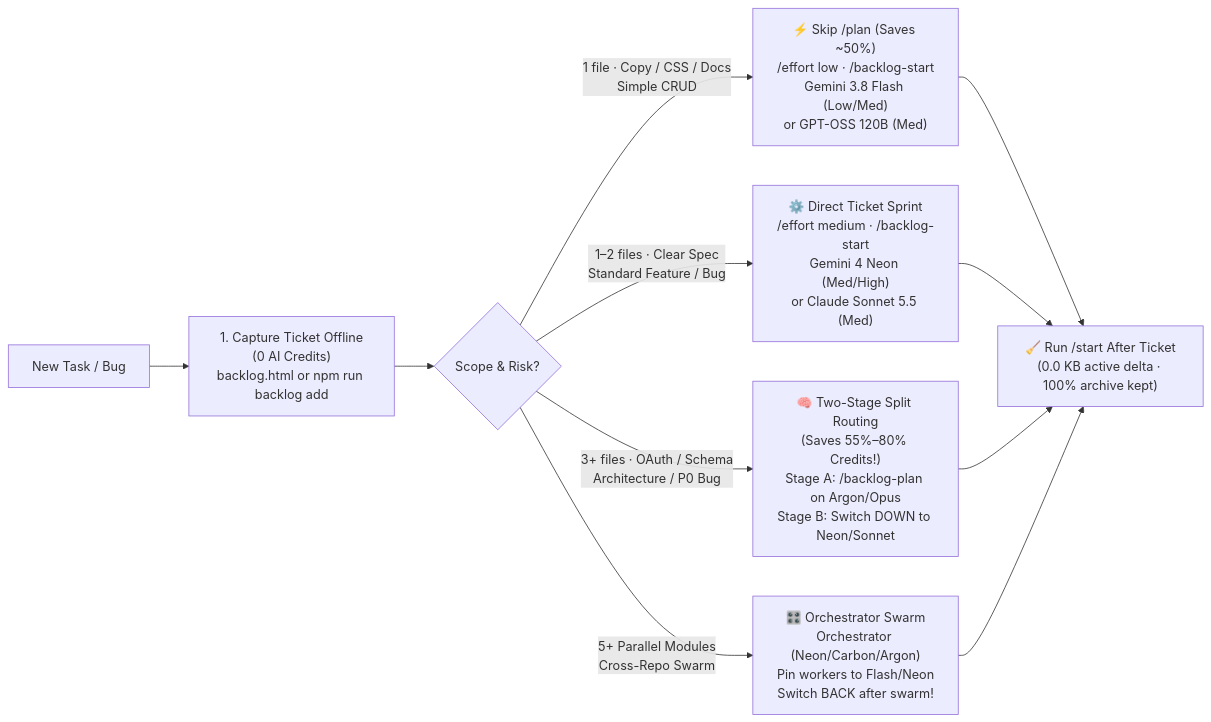
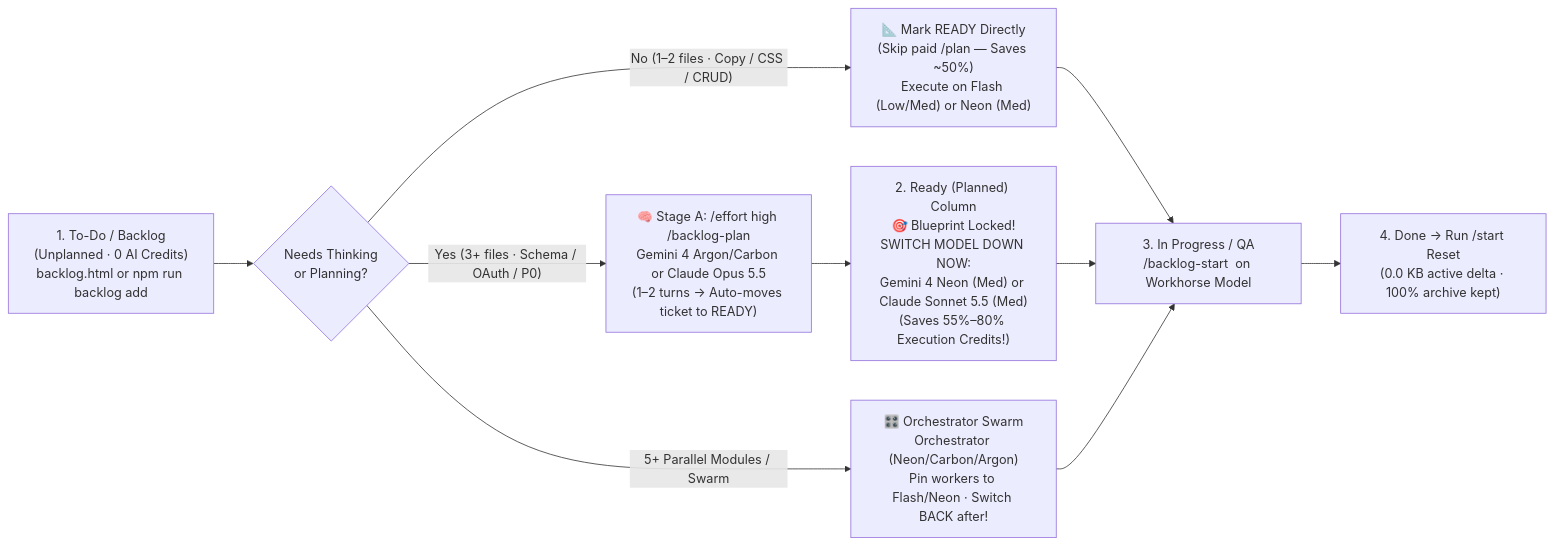
The diagram in docs/CREDITS_CHEATSHEET.md (johnny-saigon/antigravity-remote), drawn with Mermaid before and after one commit. The commit also changed other lines of this file and 9 other files, not shown here.

Commit message:
feat(kanban): upgrade to 4-column READY (Planned) Backlog Kanban & Credit Savings workflow [skip ci]

````diff
--- a/docs/CREDITS_CHEATSHEET.md
+++ b/docs/CREDITS_CHEATSHEET.md
@@ -11,12 +11,12 @@
 ```mermaid
 flowchart LR
-  A["New Task / Bug"] --> B["1. Capture Ticket Offline\n(0 AI Credits)\nbacklog.html or npm run backlog add"]
-  B --> C{"Scope & Risk?"}
+  A["1. To-Do / Backlog\n(Unplanned · 0 AI Credits)\nbacklog.html or npm run backlog add"] --> C{"Needs Thinking\nor Planning?"}
 
-  C -- "1 file · Copy / CSS / Docs\nSimple CRUD" --> T1["⚡ Skip /plan (Saves ~50%)\n/effort low · /backlog-start\nGemini 3.8 Flash (Low/Med)\nor GPT-OSS 120B (Med)"]
-  C -- "1–2 files · Clear Spec\nStandard Feature / Bug" --> T2["⚙️ Direct Ticket Sprint\n/effort medium · /backlog-start\nGemini 4 Neon (Med/High)\nor Claude Sonnet 5.5 (Med)"]
-  C -- "3+ files · OAuth / Schema\nArchitecture / P0 Bug" --> T3["🧠 Two-Stage Split Routing\n(Saves 55%–80% Credits!)\nStage A: /backlog-plan on Argon/Opus\nStage B: Switch DOWN to Neon/Sonnet"]
-  C -- "5+ Parallel Modules\nCross-Repo Swarm" --> T4["🎛️ Orchestrator Swarm\nOrchestrator (Neon/Carbon/Argon)\nPin workers to Flash/Neon\nSwitch BACK after swarm!"]
+  C -- "No (1–2 files · Copy / CSS / CRUD)" --> R1["📐 Mark READY Directly\n(Skip paid /plan — Saves ~50%)\nExecute on Flash (Low/Med) or Neon (Med)"]
+  C -- "Yes (3+ files · Schema / OAuth / P0)" --> P1["🧠 Stage A: /effort high /backlog-plan\nGemini 4 Argon/Carbon or Claude Opus 5.5\n(1–2 turns -> Auto-moves ticket to READY)"]
+  P1 --> R2["2. Ready (Planned) Column\n🎯 Blueprint Locked!\nSWITCH MODEL DOWN NOW:\nGemini 4 Neon (Med) or Claude Sonnet 5.5 (Med)\n(Saves 55%–80% Execution Credits!)"]
+  C -- "5+ Parallel Modules / Swarm" --> T4["🎛️ Orchestrator Swarm\nOrchestrator (Neon/Carbon/Argon)\nPin workers to Flash/Neon · Switch BACK after!"]
 
-  T1 & T2 & T3 & T4 --> Z["🧹 Run /start After Ticket\n(0.0 KB active delta · 100% archive kept)"]
+  R1 & R2 & T4 --> IP["3. In Progress / QA\n/backlog-start <ID> on Workhorse Model"]
+  IP --> Z["4. Done -> Run /start Reset\n(0.0 KB active delta · 100% archive kept)"]
 ```
````
